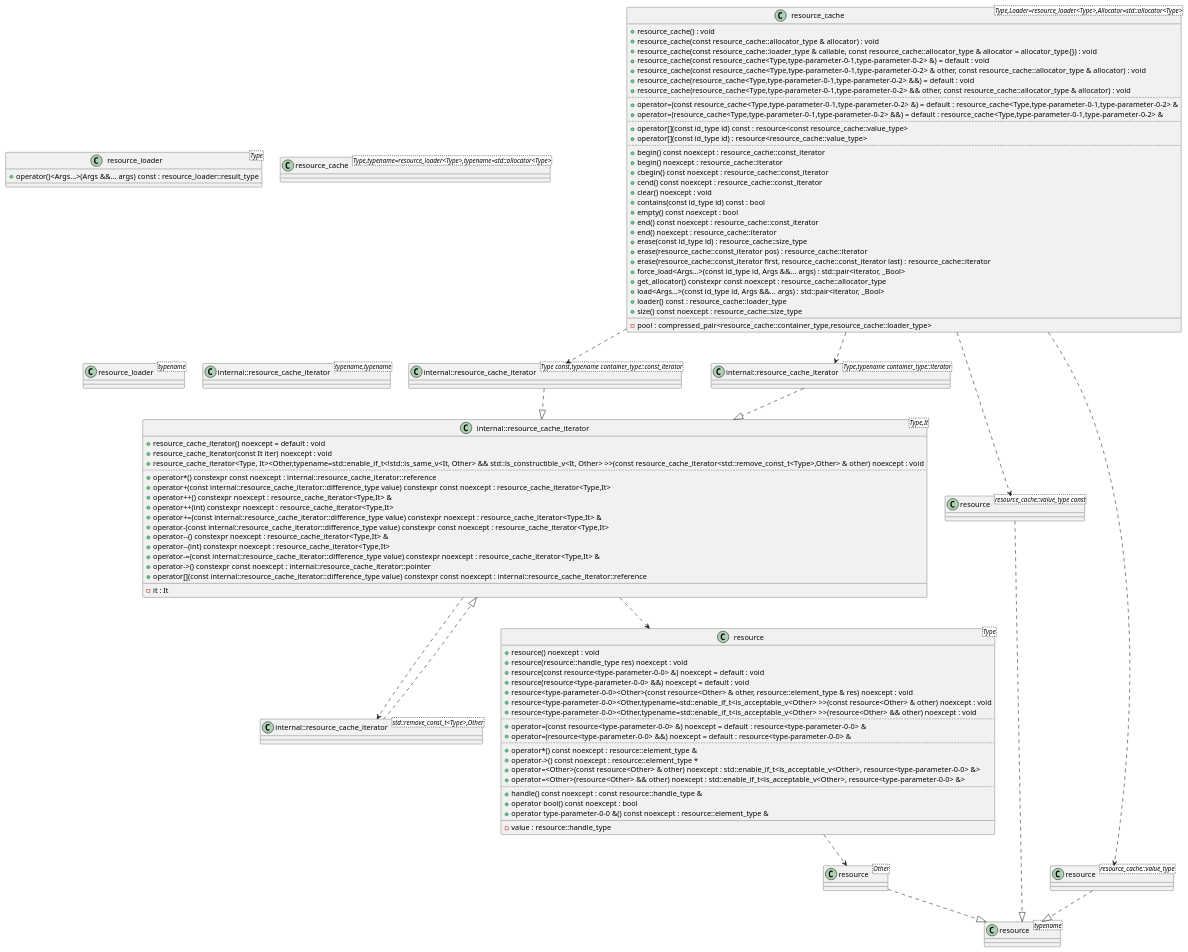
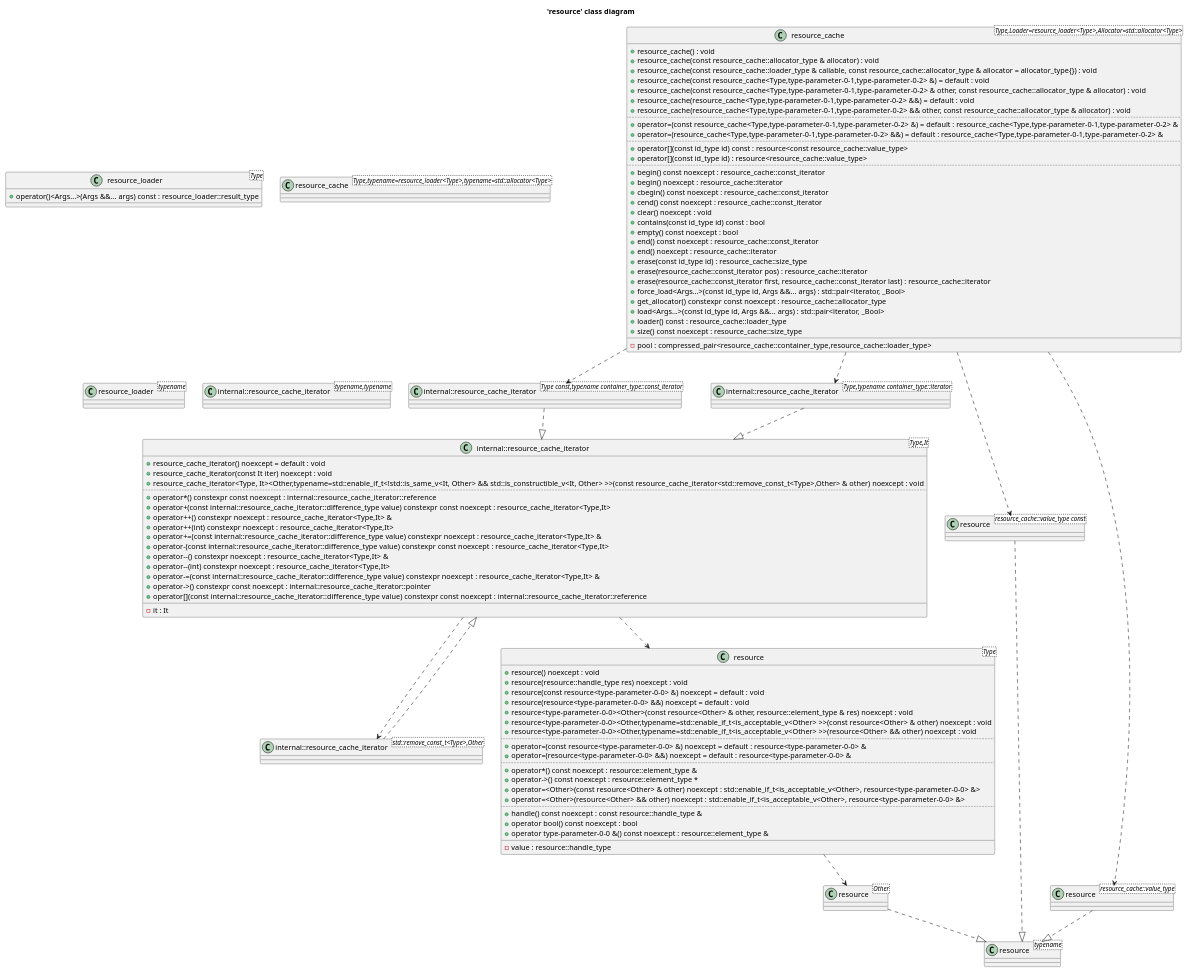
The diagram in entt/puml/resource_class_diagram.puml (bkryza/clang-uml-examples), drawn with PlantUML before and after one commit. The commit also changed 149 other files, not shown here.

```diff
--- a/entt/puml/resource_class_diagram.puml
+++ b/entt/puml/resource_class_diagram.puml
@@ -1,4 +1,5 @@
 @startuml
+title 'resource' class diagram
 class "resource_loader<Type>" as C_0001841932754009175128
 class C_0001841932754009175128 [[https://github.com/skypjack/entt/blob/fef921132cae7588213d0f9bcd2fb9c8ffd8b7fc/src/entt/resource/loader.hpp#L15{resource_loader}]] {
 +operator()<Args...>(Args &&... args) const : resource_loader::result_type
@@ -138,6 +139,6 @@
 C_0000594868549633083436 ..> C_0001388841074278355306
 C_0000594868549633083436 ..> C_0002035034018364804826
 
-'Generated with clang-uml, version 0.3.7-36-g13ea67c
-'LLVM version Ubuntu clang version 15.0.6
+'Generated with clang-uml, version 0.4.0-9-gc398c6f
+'LLVM version Ubuntu clang version 15.0.7
 @enduml
```
